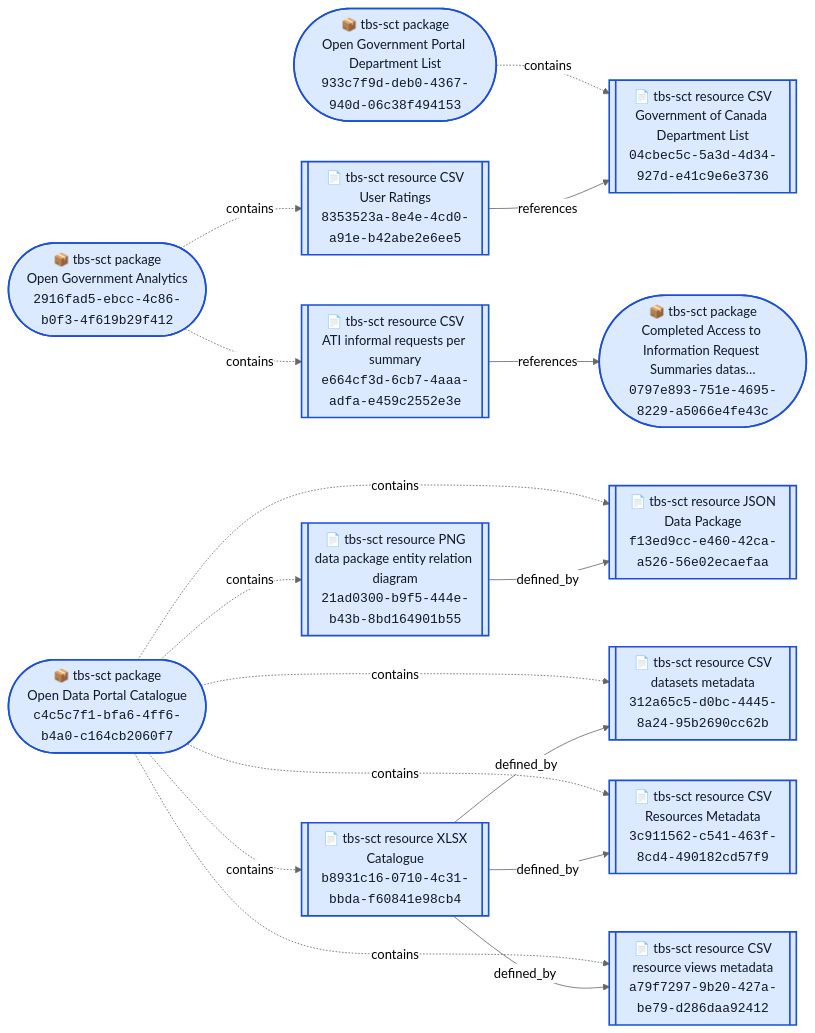
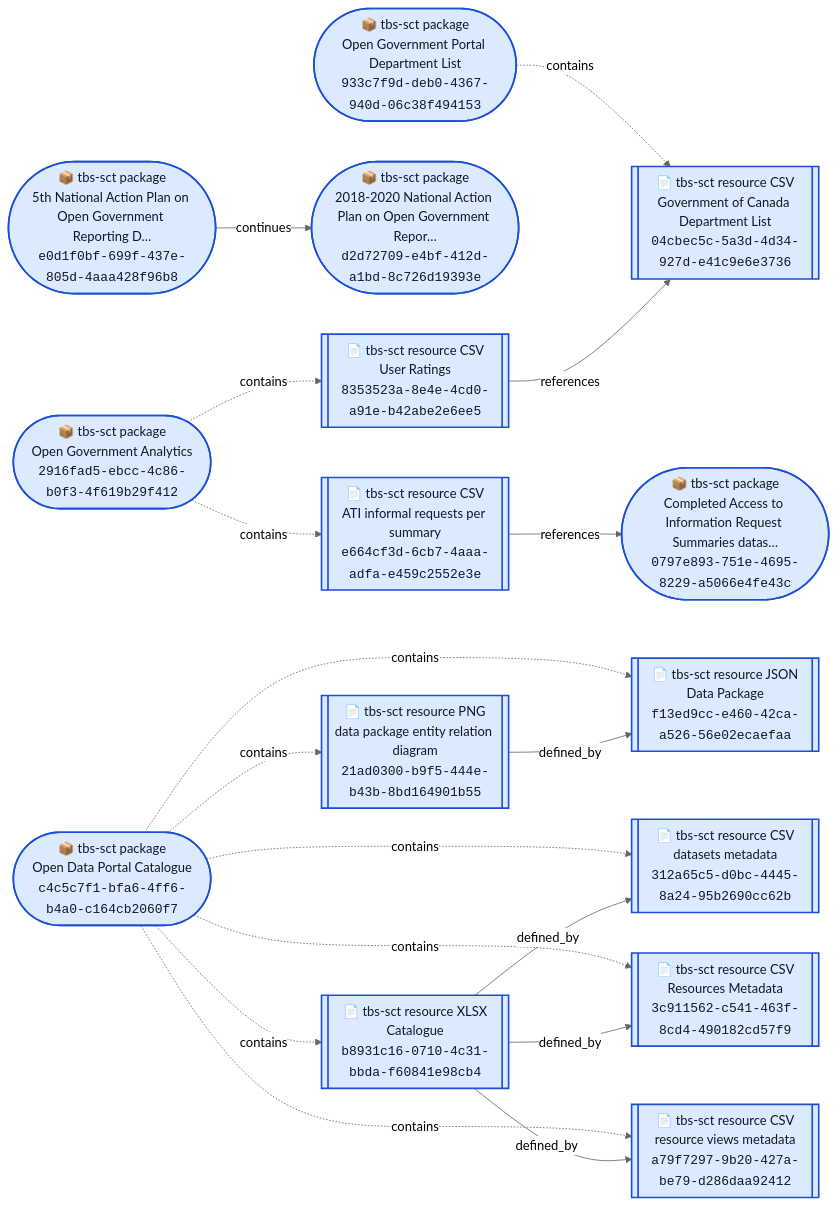
The diagram in DATA_RELS_NETWORK_RPT/charts/tbs-sct.md (open-data/analytics-corporate-reporting), drawn with Mermaid (neutral theme) before and after one commit. The commit also changed 11 other files, not shown here.

````diff
--- a/DATA_RELS_NETWORK_RPT/charts/tbs-sct.md
+++ b/DATA_RELS_NETWORK_RPT/charts/tbs-sct.md
@@ -3,47 +3,52 @@
 ```mermaid
 flowchart LR
   N1(["📦 tbs-sct package<br/>Completed Access to Information Request Summaries datas…<br/><code>0797e893-751e-4695-8229-a5066e4fe43c</code>"])
   N2(["📦 tbs-sct package<br/>Open Government Analytics<br/><code>2916fad5-ebcc-4c86-b0f3-4f619b29f412</code>"])
   N3(["📦 tbs-sct package<br/>Open Government Portal Department List<br/><code>933c7f9d-deb0-4367-940d-06c38f494153</code>"])
   N4(["📦 tbs-sct package<br/>Open Data Portal Catalogue<br/><code>c4c5c7f1-bfa6-4ff6-b4a0-c164cb2060f7</code>"])
-  N5[["📄 tbs-sct resource CSV<br/>Government of Canada Department List<br/><code>04cbec5c-5a3d-4d34-927d-e41c9e6e3736</code>"]]
-  N6[["📄 tbs-sct resource PNG<br/>data package entity relation diagram<br/><code>21ad0300-b9f5-444e-b43b-8bd164901b55</code>"]]
-  N7[["📄 tbs-sct resource CSV<br/>datasets metadata<br/><code>312a65c5-d0bc-4445-8a24-95b2690cc62b</code>"]]
-  N8[["📄 tbs-sct resource CSV<br/>Resources Metadata<br/><code>3c911562-c541-463f-8cd4-490182cd57f9</code>"]]
-  N9[["📄 tbs-sct resource CSV<br/>User Ratings<br/><code>8353523a-8e4e-4cd0-a91e-b42abe2e6ee5</code>"]]
-  N10[["📄 tbs-sct resource CSV<br/>resource views metadata<br/><code>a79f7297-9b20-427a-be79-d286daa92412</code>"]]
-  N11[["📄 tbs-sct resource XLSX<br/>Catalogue<br/><code>b8931c16-0710-4c31-bbda-f60841e98cb4</code>"]]
-  N12[["📄 tbs-sct resource CSV<br/>ATI informal requests per summary<br/><code>e664cf3d-6cb7-4aaa-adfa-e459c2552e3e</code>"]]
-  N13[["📄 tbs-sct resource JSON<br/>Data Package<br/><code>f13ed9cc-e460-42ca-a526-56e02ecaefaa</code>"]]
-  N3 -. contains .-> N5
-  N4 -. contains .-> N6
-  N4 -. contains .-> N7
+  N5(["📦 tbs-sct package<br/>2018-2020 National Action Plan on Open Government Repor…<br/><code>d2d72709-e4bf-412d-a1bd-8c726d19393e</code>"])
+  N6(["📦 tbs-sct package<br/>5th National Action Plan on Open Government Reporting D…<br/><code>e0d1f0bf-699f-437e-805d-4aaa428f96b8</code>"])
+  N7[["📄 tbs-sct resource CSV<br/>Government of Canada Department List<br/><code>04cbec5c-5a3d-4d34-927d-e41c9e6e3736</code>"]]
+  N8[["📄 tbs-sct resource PNG<br/>data package entity relation diagram<br/><code>21ad0300-b9f5-444e-b43b-8bd164901b55</code>"]]
+  N9[["📄 tbs-sct resource CSV<br/>datasets metadata<br/><code>312a65c5-d0bc-4445-8a24-95b2690cc62b</code>"]]
+  N10[["📄 tbs-sct resource CSV<br/>Resources Metadata<br/><code>3c911562-c541-463f-8cd4-490182cd57f9</code>"]]
+  N11[["📄 tbs-sct resource CSV<br/>User Ratings<br/><code>8353523a-8e4e-4cd0-a91e-b42abe2e6ee5</code>"]]
+  N12[["📄 tbs-sct resource CSV<br/>resource views metadata<br/><code>a79f7297-9b20-427a-be79-d286daa92412</code>"]]
+  N13[["📄 tbs-sct resource XLSX<br/>Catalogue<br/><code>b8931c16-0710-4c31-bbda-f60841e98cb4</code>"]]
+  N14[["📄 tbs-sct resource CSV<br/>ATI informal requests per summary<br/><code>e664cf3d-6cb7-4aaa-adfa-e459c2552e3e</code>"]]
+  N15[["📄 tbs-sct resource JSON<br/>Data Package<br/><code>f13ed9cc-e460-42ca-a526-56e02ecaefaa</code>"]]
+  N3 -. contains .-> N7
   N4 -. contains .-> N8
-  N2 -. contains .-> N9
+  N4 -. contains .-> N9
   N4 -. contains .-> N10
-  N4 -. contains .-> N11
-  N2 -. contains .-> N12
+  N2 -. contains .-> N11
+  N4 -. contains .-> N12
   N4 -. contains .-> N13
-  N6 -- "defined_by" --> N13
-  N9 -- "references" --> N5
-  N11 -- "defined_by" --> N7
-  N11 -- "defined_by" --> N8
-  N11 -- "defined_by" --> N10
-  N12 -- "references" --> N1
+  N2 -. contains .-> N14
+  N4 -. contains .-> N15
+  N6 -- "continues" --> N5
+  N8 -- "defined_by" --> N15
+  N11 -- "references" --> N7
+  N13 -- "defined_by" --> N9
+  N13 -- "defined_by" --> N10
+  N13 -- "defined_by" --> N12
+  N14 -- "references" --> N1
   class N1 seed
   class N2 seed
   class N3 seed
   class N4 seed
   class N5 seed
   class N6 seed
   class N7 seed
   class N8 seed
   class N9 seed
   class N10 seed
   class N11 seed
   class N12 seed
   class N13 seed
+  class N14 seed
+  class N15 seed
   classDef seed fill:#dbeafe,stroke:#1d4ed8,stroke-width:2px,color:#111827
   classDef other fill:#ecfccb,stroke:#4d7c0f,stroke-width:1px,color:#111827
   classDef url fill:#f3f4f6,stroke:#6b7280,stroke-dasharray: 4 3,color:#111827
 ```
````
